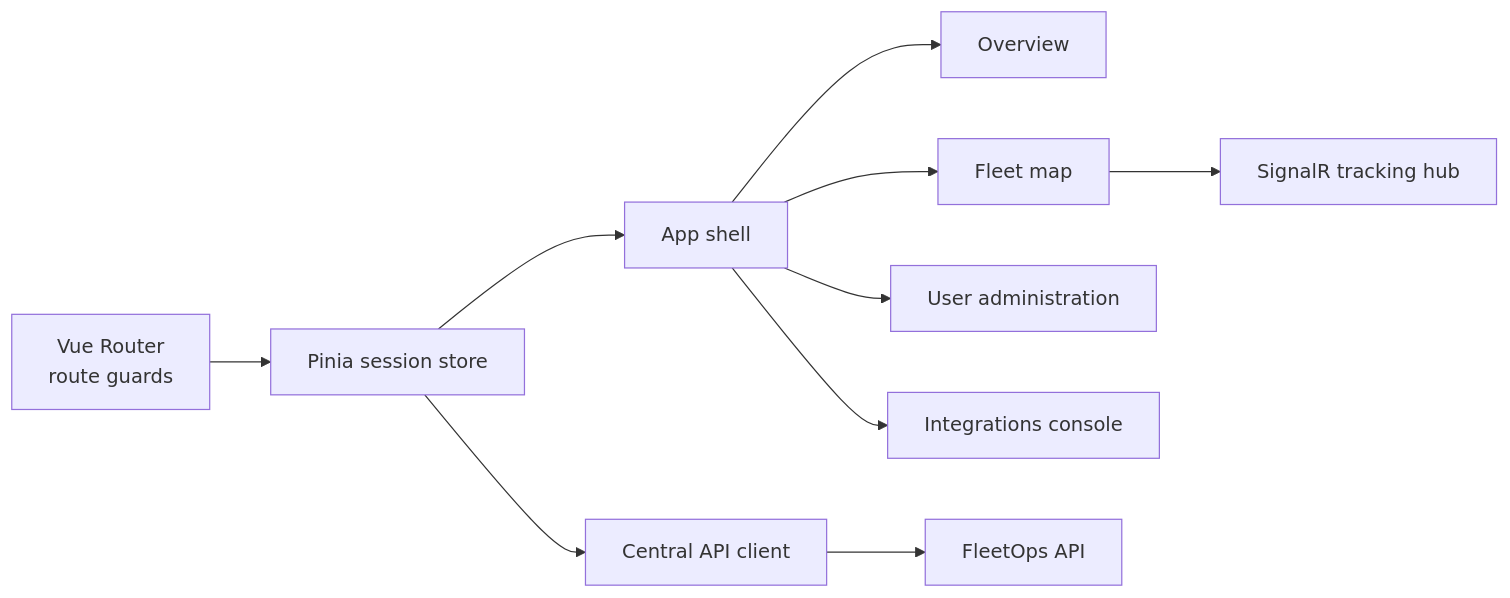
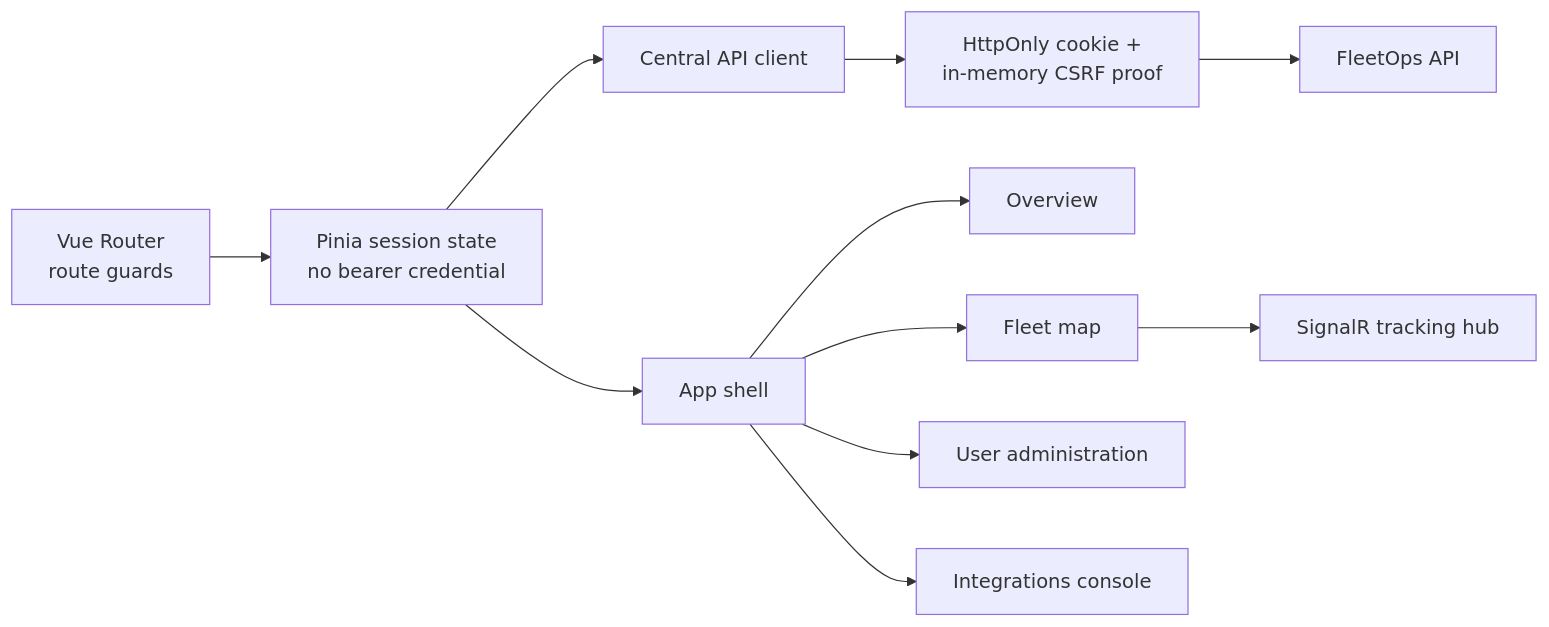
One commit to VirgileDjimgou/Orkystra changed diagram 12 of 12 in README.md. Above: the diagram before and after it, drawn with Mermaid. The commit also changed other lines of this file and 52 other files, not shown here.

````diff
--- a/README.md
+++ b/README.md
@@ -472,12 +494,13 @@
 ```mermaid
 flowchart LR
-    Router["Vue Router<br/>route guards"] --> Session["Pinia session store"]
+    Router["Vue Router<br/>route guards"] --> Session["Pinia session state<br/>no bearer credential"]
     Session --> ApiClient["Central API client"]
     Session --> Shell["App shell"]
     Shell --> Dashboard["Overview"]
     Shell --> Map["Fleet map"]
     Shell --> Admin["User administration"]
     Shell --> Integrations["Integrations console"]
     Map --> SignalR["SignalR tracking hub"]
-    ApiClient --> Backend["FleetOps API"]
+    ApiClient --> Csrf["HttpOnly cookie +<br/>in-memory CSRF proof"]
+    Csrf --> Backend["FleetOps API"]
 ```
````
